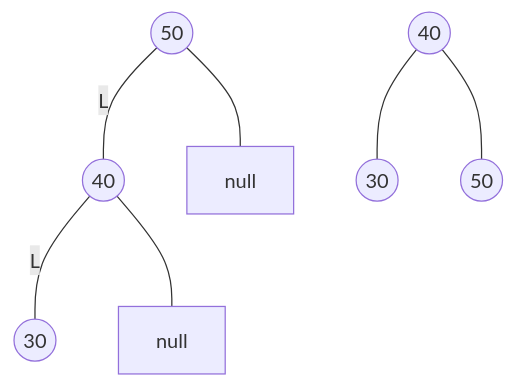
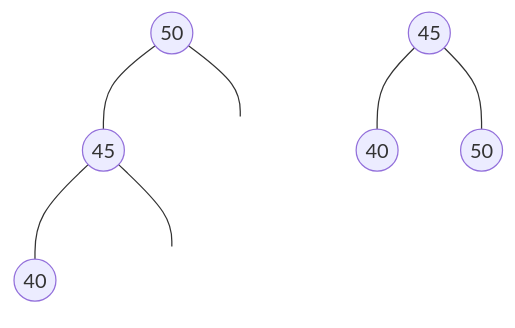
Diagram 12 of 14 in content/posts/2007/ds_avl-tree.md (chupai/website-hugo), drawn with Mermaid before and after one commit. The commit also changed other lines of this file and 49 other files, not shown here.

````diff
--- a/content/posts/2007/ds_avl-tree.md
+++ b/content/posts/2007/ds_avl-tree.md
@@ -193,9 +287,12 @@
 ```mermaid
 graph TB;
-  A((50)) --- |L| B((40));
-  A((50)) --- n1[null];
-  B((40)) --- |L| C((30));
-  B((40)) --- n2[null];
-
-  B2((40))  --- C2((30)) & A2((50));
+  A((50)) --- B((40)) & n1[null];
+  B((45)) --- C((40)) & n2[null];
+ 
+  BB((45))  --- CC((40)) & AA((50));
+  
+  class n1,n2 transparent;
+  classDef red stroke:red,stroke-width:2px;
+  classDef green stroke:#61bfa6,stroke-width:2px;
+  classDef transparent fill:transparent,color:transparent,stroke:transparent;
 ```
````
